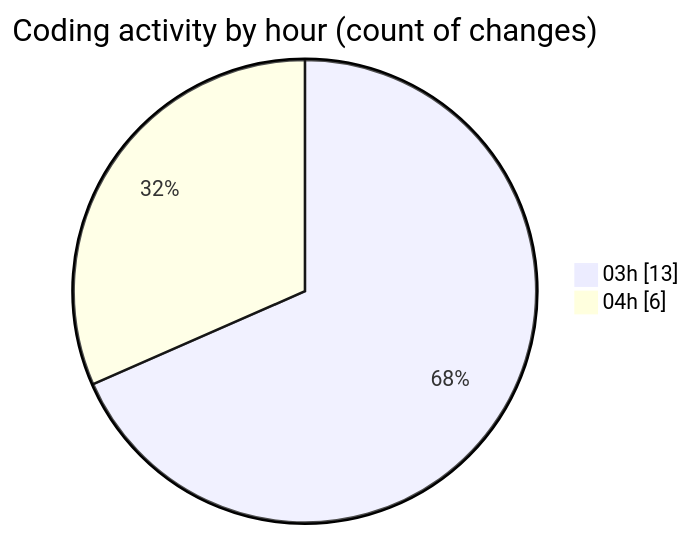
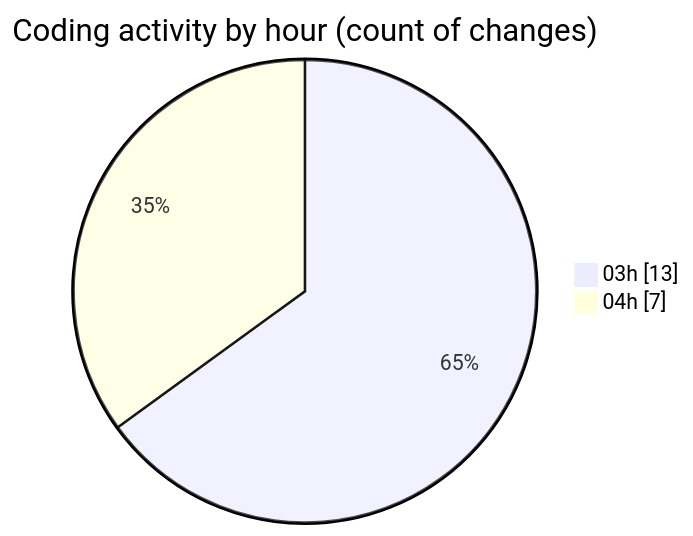
Before and after one commit to shibass792/code-tracking: the second of 2 diagrams in 2026-07-15/shibass-ai/README.md, drawn with Mermaid. The commit also changed other lines of this file and 1 other file, not shown here.

````diff
--- a/2026-07-15/shibass-ai/README.md
+++ b/2026-07-15/shibass-ai/README.md
@@ -36,6 +36,6 @@
 ```mermaid
 pie showData
 title Coding activity by hour (count of changes)
 "03h" : 13
-"04h" : 6
+"04h" : 7
 ```
````
